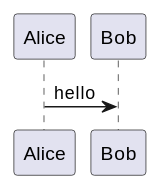
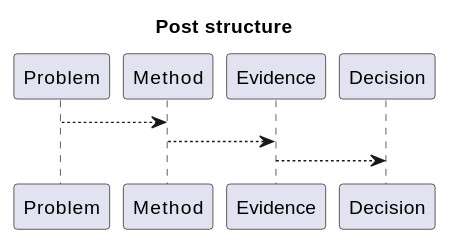
The diagram in docs/post-template.md (chay116/techblog), drawn with PlantUML before and after one commit. The commit also changed other lines of this file and 8 other files, not shown here.

````diff
--- a/docs/post-template.md
+++ b/docs/post-template.md
@@ -18,5 +72,8 @@
 ```plantuml
 @startuml
-Alice -> Bob: hello
+title Post structure
+Problem --> Method
+Method --> Evidence
+Evidence --> Decision
 @enduml
 ```
````
